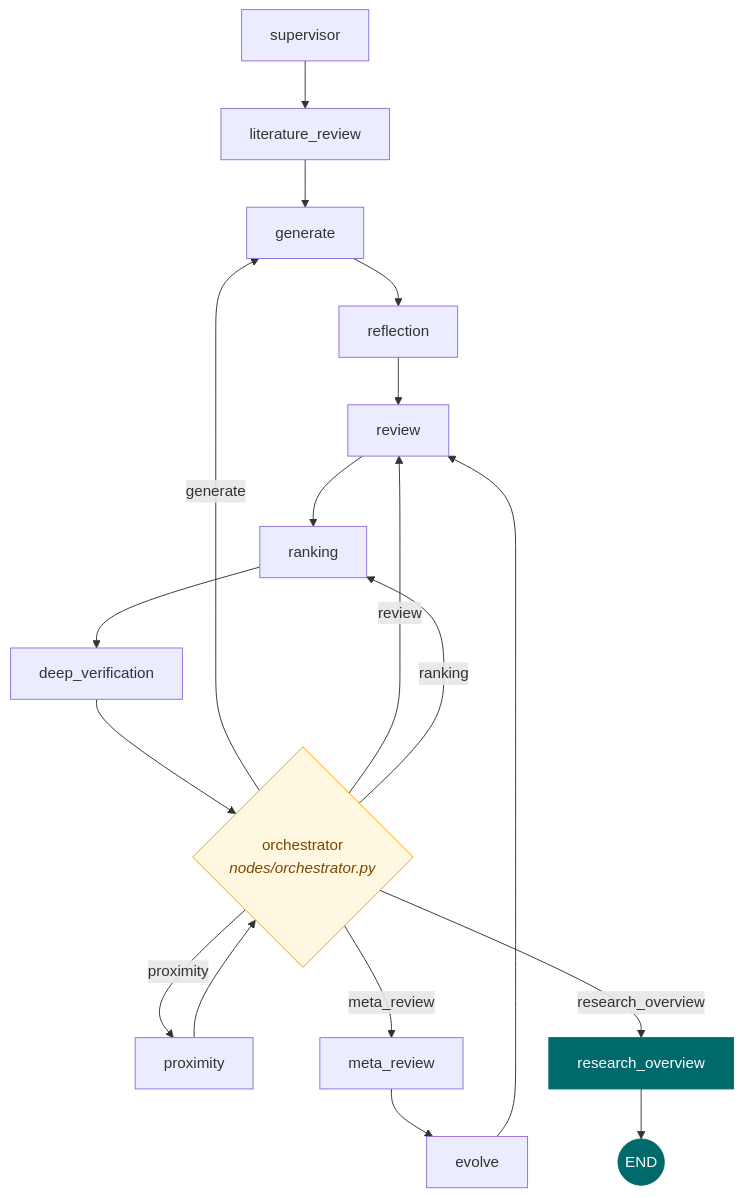
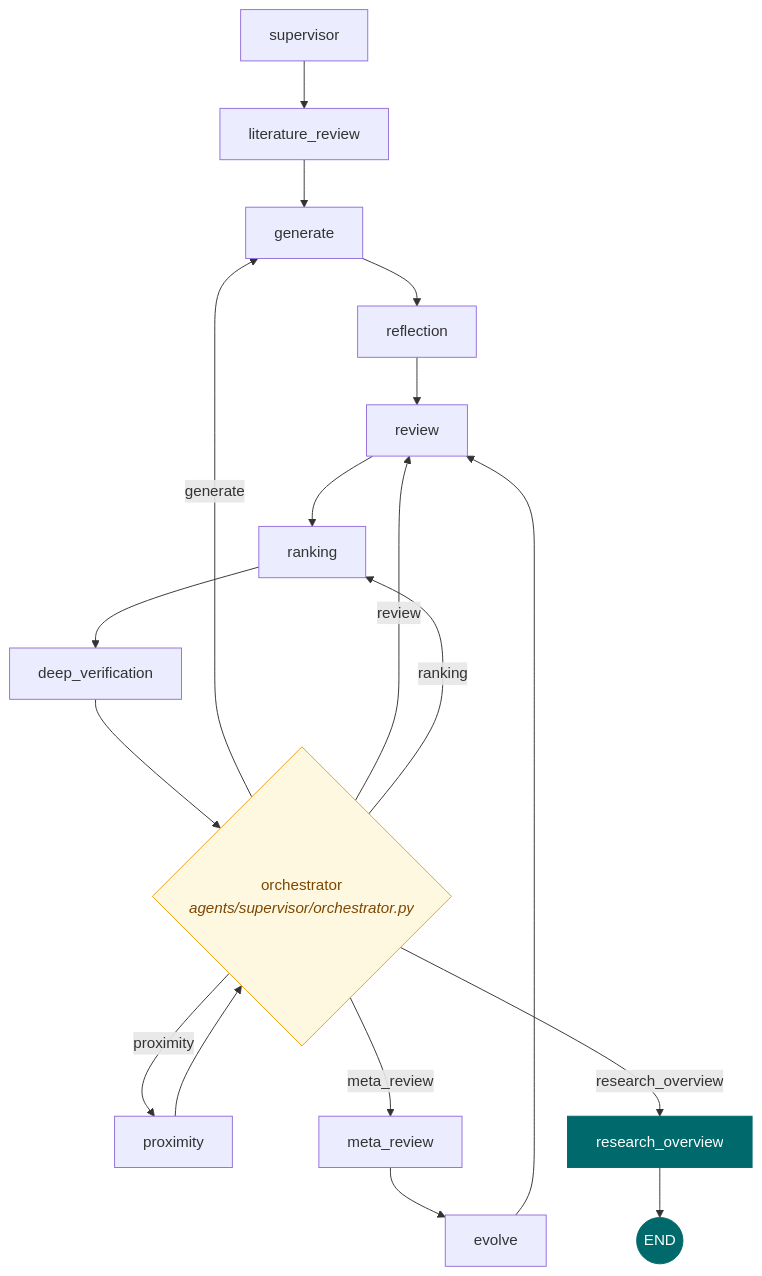
The first of 4 diagrams in docs/EXPLAINER.md (guy915/Co-Scientist), drawn with Mermaid before and after one commit. The commit also changed other lines of this file and 20 other files, not shown here.

````diff
--- a/docs/EXPLAINER.md
+++ b/docs/EXPLAINER.md
@@ -75,24 +75,24 @@
 ```mermaid
 flowchart TD
   SUP["supervisor"] --> LR["literature_review"] --> GEN["generate"] --> REF["reflection"] --> REV["review"]
   REV --> RK["ranking"]
   RK --> DV["deep_verification"]
-  DV --> ORCH{"orchestrator<br/><i>nodes/orchestrator.py</i>"}
+  DV --> ORCH{"orchestrator<br/><i>agents/supervisor/orchestrator.py</i>"}
   PROX["proximity"] --> ORCH
 
   ORCH -->|generate| GEN
   ORCH -->|review| REV
   ORCH -->|ranking| RK
   ORCH -->|meta_review| MR["meta_review"]
   ORCH -->|proximity| PROX
   ORCH -->|research_overview| RO["research_overview"]
 
   MR --> EV["evolve"]
   EV --> REV
   RO --> END((END))
 
   classDef router fill:#FFF8E1,stroke:#F59E0B,color:#7C4700;
   classDef term fill:#00696C,stroke:#00696C,color:#fff;
   class ORCH router;
   class RO,END term;
 ```
````
